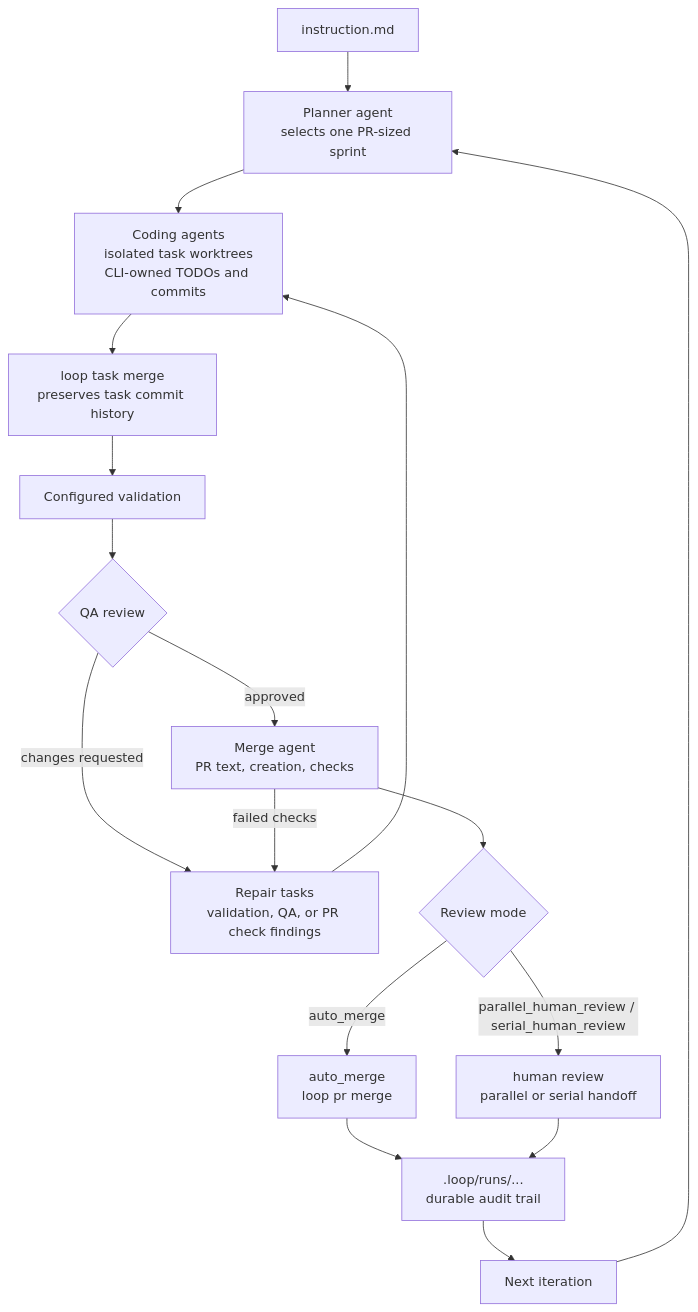
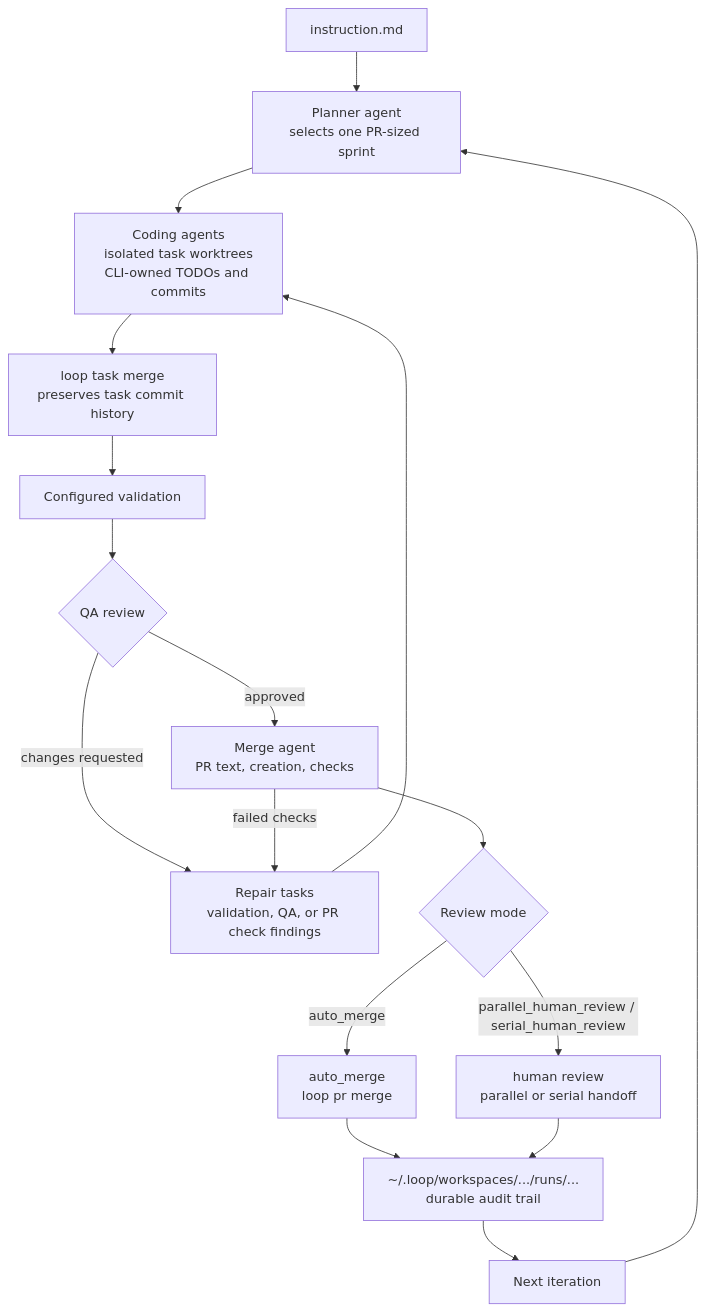
One commit to aki-0421/loop changed the diagram in README.md. Above: the diagram before and after it, drawn with Mermaid. The commit also changed other lines of this file and 35 other files, not shown here.

````diff
--- a/README.md
+++ b/README.md
@@ -109,24 +109,24 @@
 ```mermaid
 flowchart TD
     instruction["instruction.md"]
     planner["Planner agent<br/>selects one PR-sized sprint"]
     tasks["Coding agents<br/>isolated task worktrees<br/>CLI-owned TODOs and commits"]
     mergeTasks["loop task merge<br/>preserves task commit history"]
     validation["Configured validation"]
     qa{"QA review"}
     repair["Repair tasks<br/>validation, QA, or PR check findings"]
     mergeAgent["Merge agent<br/>PR text, creation, checks"]
     reviewMode{"Review mode"}
     autoMerge["auto_merge<br/>loop pr merge"]
     humanReview["human review<br/>parallel or serial handoff"]
-    audit[".loop/runs/...<br/>durable audit trail"]
+    audit["~/.loop/workspaces/.../runs/...<br/>durable audit trail"]
     next["Next iteration"]
 
     instruction --> planner --> tasks --> mergeTasks --> validation --> qa
     qa -->|changes requested| repair --> tasks
     qa -->|approved| mergeAgent --> reviewMode
     reviewMode -->|auto_merge| autoMerge --> audit
     reviewMode -->|parallel_human_review / serial_human_review| humanReview --> audit
     audit --> next --> planner
     mergeAgent -->|failed checks| repair
 ```
````
